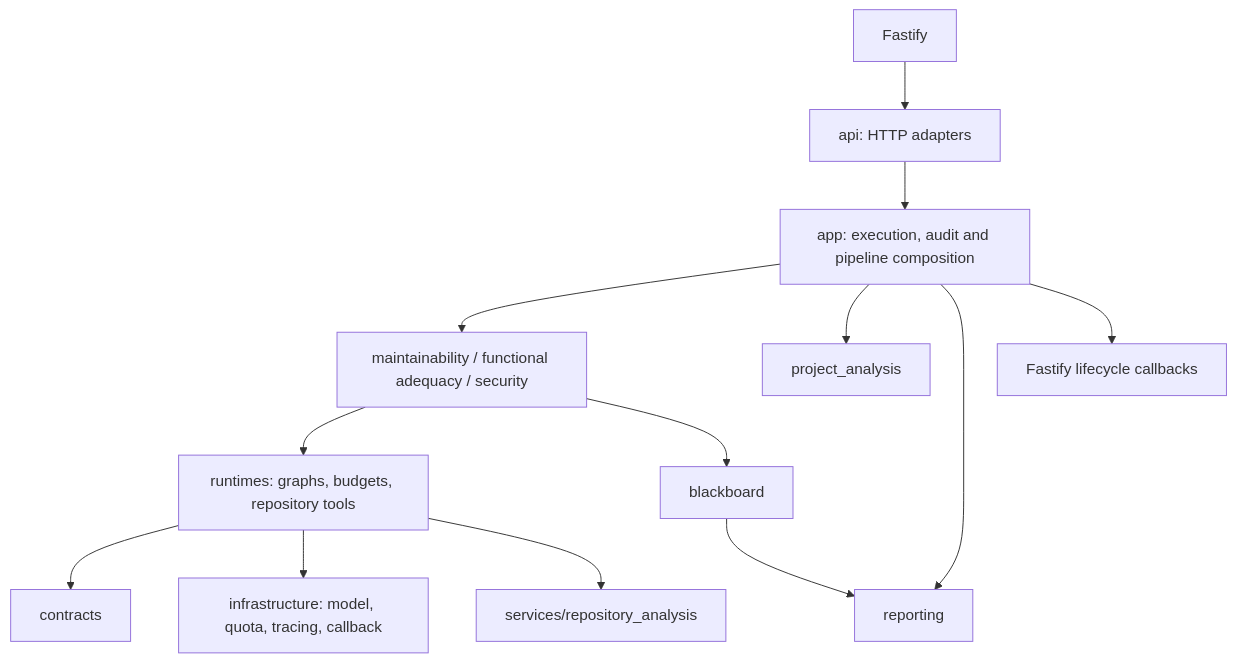
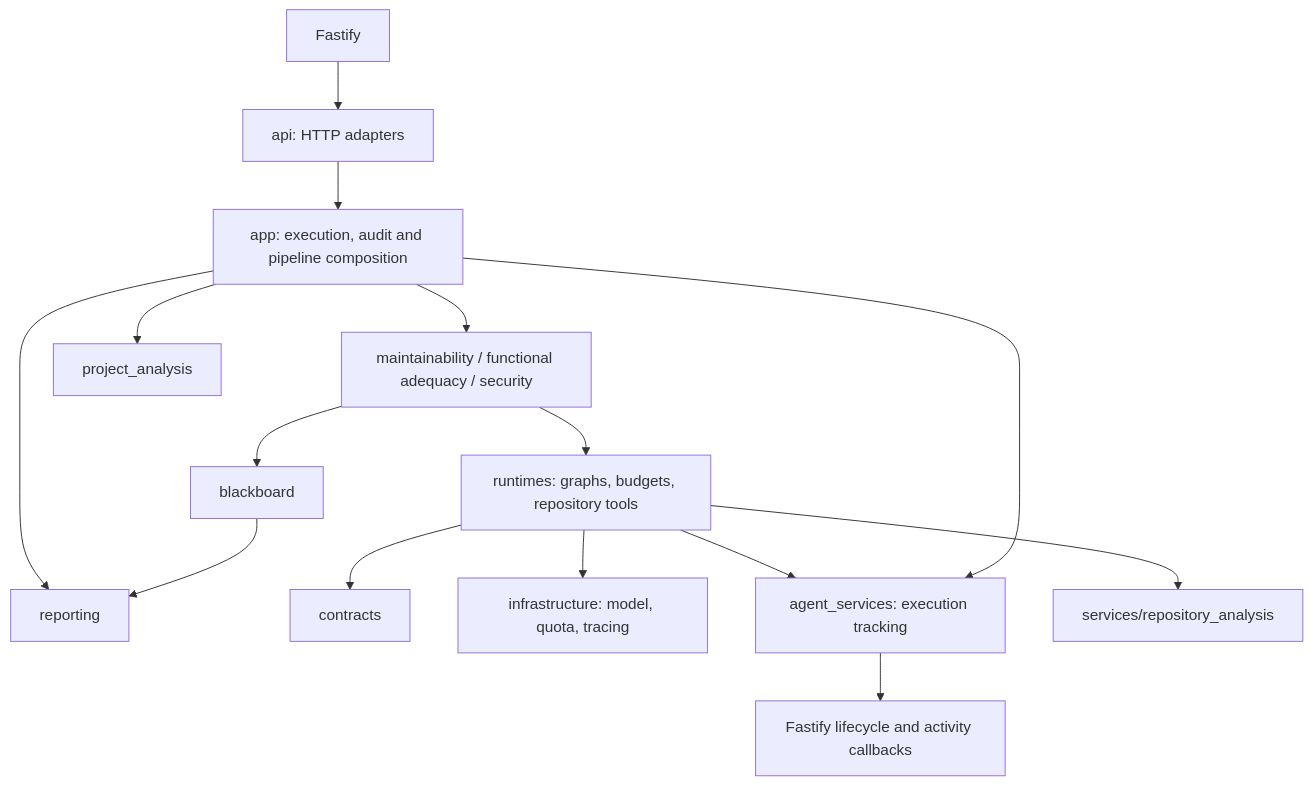
Before and after one commit to redsquirrelx/veraud: the diagram in agent-server/docs/architecture.md, drawn with Mermaid. The commit also changed other lines of this file and 24 other files, not shown here.

Commit message:
refactor(agent-server): extract execution tracking into agent_services.execution_tracking

````diff
--- a/agent-server/docs/architecture.md
+++ b/agent-server/docs/architecture.md
@@ -9,15 +9,17 @@
 ```mermaid
 flowchart TD
   Fastify --> API[api: HTTP adapters]
   API --> App[app: execution, audit and pipeline composition]
   App --> Attr[maintainability / functional adequacy / security]
   App --> Project[project_analysis]
   App --> Reporting[reporting]
   Attr --> Runtime[runtimes: graphs, budgets, repository tools]
   Runtime --> Contracts[contracts]
-  Runtime --> Infra[infrastructure: model, quota, tracing, callback]
+  Runtime --> Infra[infrastructure: model, quota, tracing]
+  Runtime --> AgentServices[agent_services: execution tracking]
   Runtime --> Repo[services/repository_analysis]
   Attr --> Board[blackboard]
   Board --> Reporting
-  App --> Callback[Fastify lifecycle callbacks]
+  App --> AgentServices
+  AgentServices --> Callback[Fastify lifecycle and activity callbacks]
 ```
````
